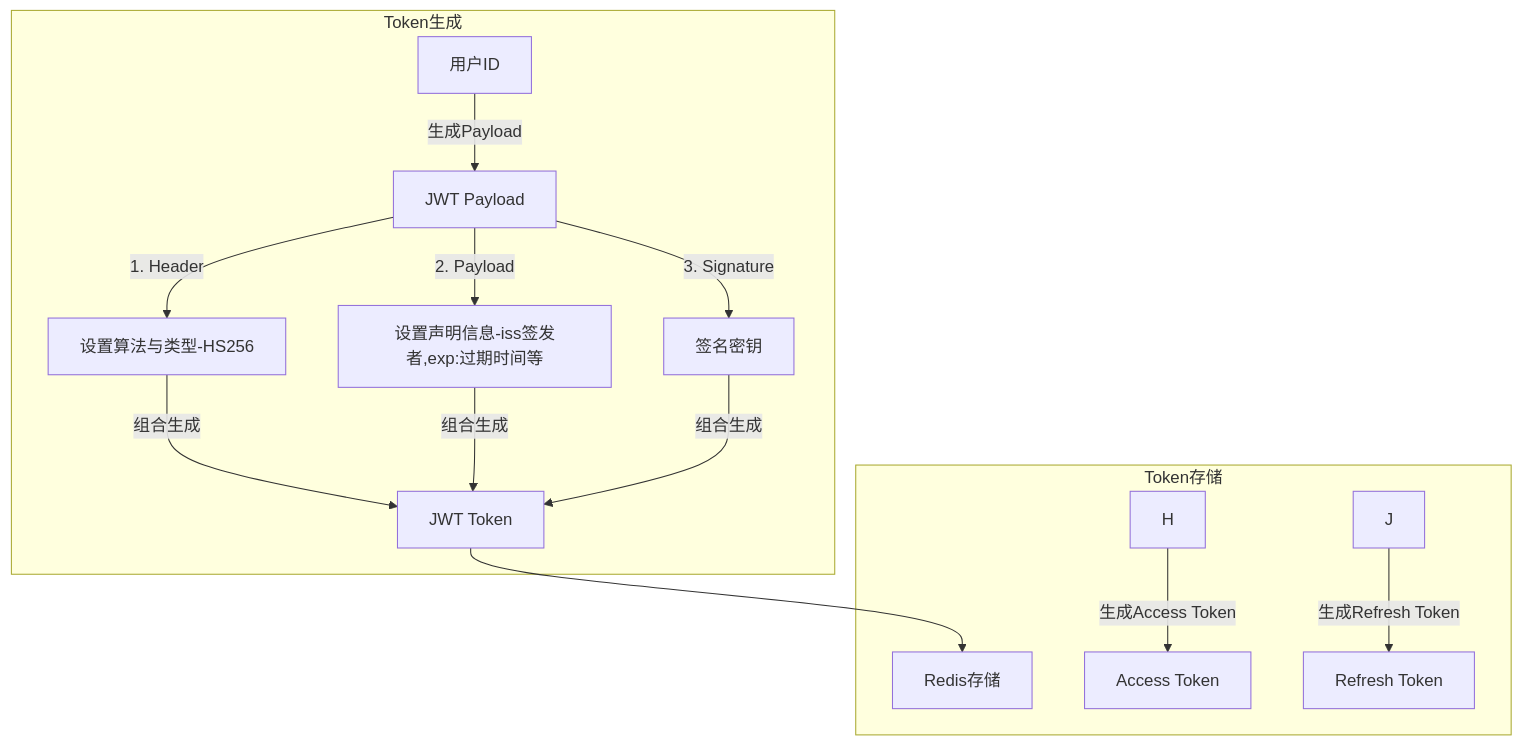
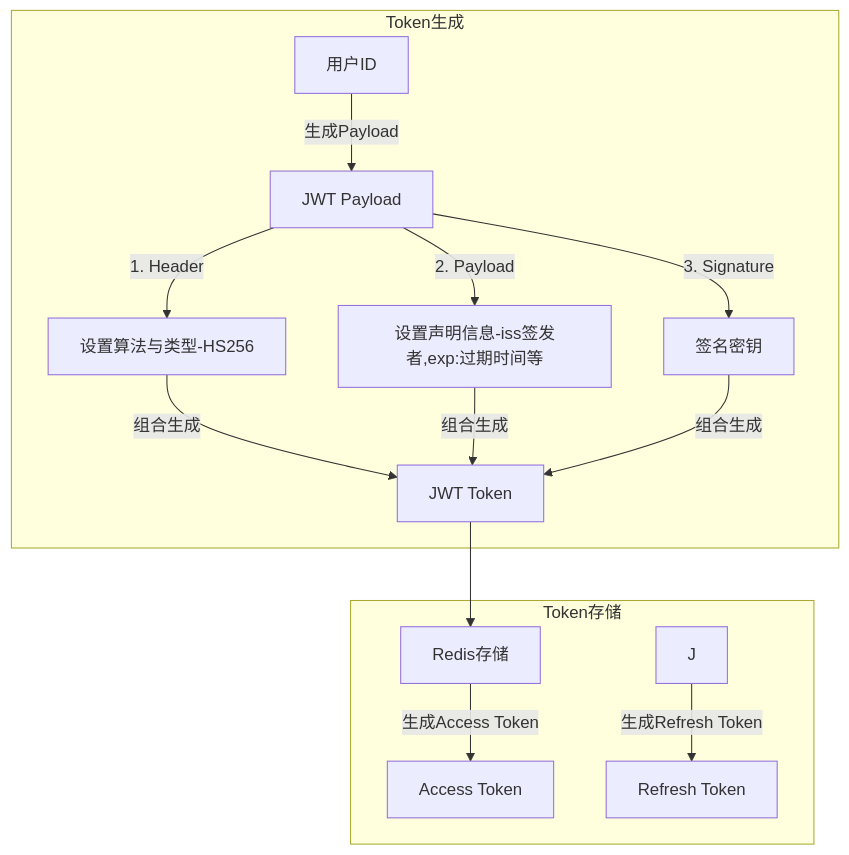
Before and after one commit to yingjianzh/iodraw-files: the diagram in all/未命名-15.md, drawn with Mermaid.

Commit message:
2025-01-02 18:23:51 update

````diff
--- a/all/未命名-15.md
+++ b/all/未命名-15.md
@@ -1,19 +1,19 @@
 ```mermaid
 flowchart TD
     subgraph Token生成
         A[用户ID] -->|生成Payload| B[JWT Payload]
         B -->|1. Header| C[设置算法与类型-HS256]
         B -->|2. Payload| D[设置声明信息-iss签发者,exp:过期时间等]
         B -->|3. Signature| E[签名密钥]
         C & D & E -->|组合生成| F[JWT Token]
     end
     
     subgraph Token存储
         F --> G[Redis存储]
-        H -->|生成Access Token| I[Access Token]
+        G -->|生成Access Token| I[Access Token]
         J -->|生成Refresh Token| K[Refresh Token]
         
     end
     
     
 ```
````
